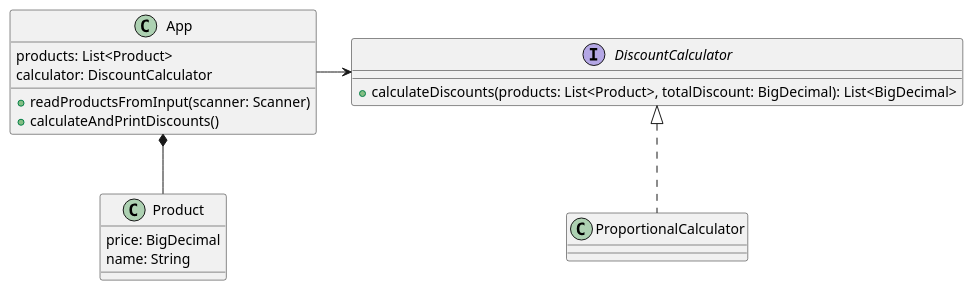
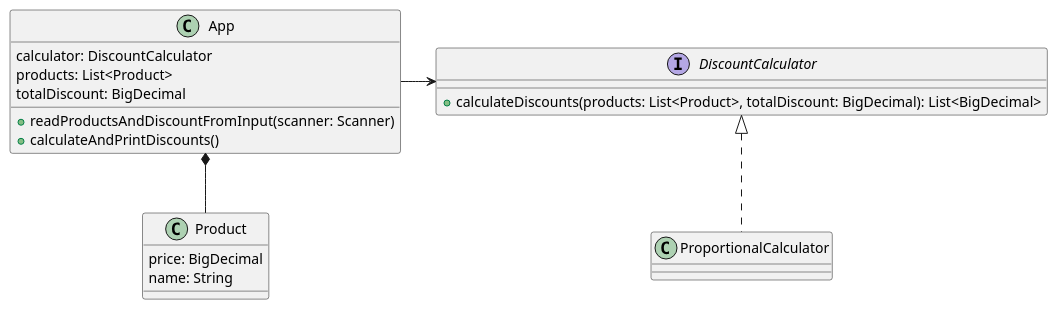
One commit to kichel98/unity-recruitment changed the diagram in class_diagram.puml. Above: the diagram before and after it, drawn with PlantUML. The commit also changed 12 other files, not shown here.

```diff
--- a/class_diagram.puml
+++ b/class_diagram.puml
@@ -1,25 +1,26 @@
 @startuml
 
 class Product {
     price: BigDecimal
     name: String
 }
 
 interface DiscountCalculator {
     +calculateDiscounts(products: List<Product>, totalDiscount: BigDecimal): List<BigDecimal>
 }
 class App {
+    calculator: DiscountCalculator
     products: List<Product>
-    calculator: DiscountCalculator
-    +readProductsFromInput(scanner: Scanner)
+    totalDiscount: BigDecimal
+    +readProductsAndDiscountFromInput(scanner: Scanner)
     +calculateAndPrintDiscounts()
 }
 
 class ProportionalCalculator
 
 DiscountCalculator <|.. ProportionalCalculator
 App -> DiscountCalculator
 App *-- Product
 
 
 @enduml
```
